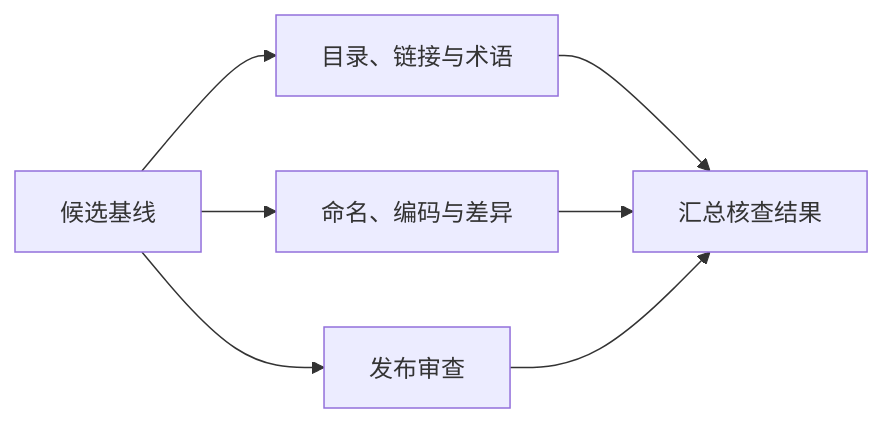
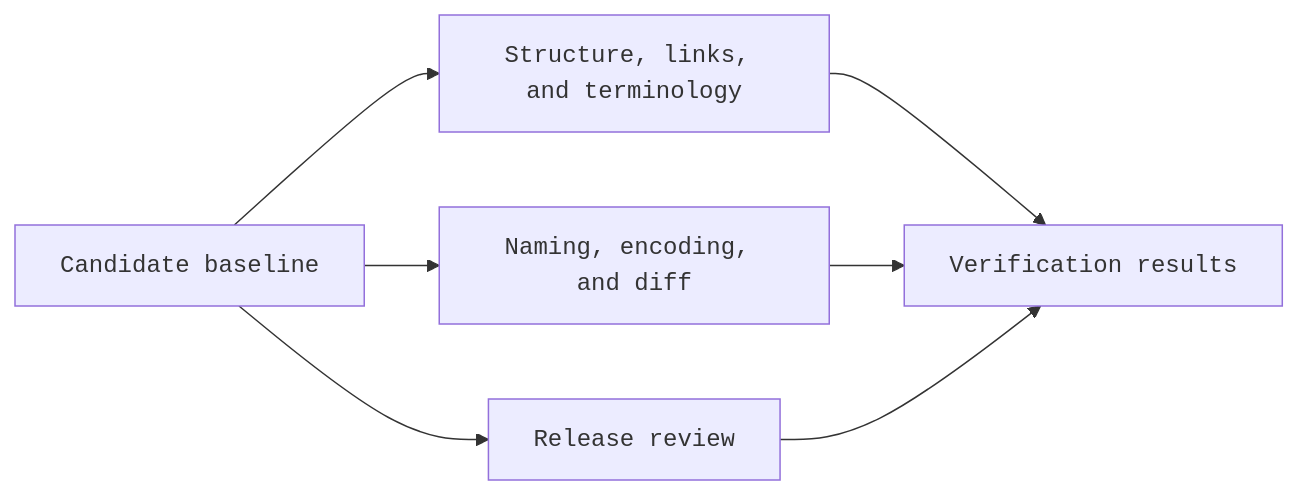
The diagram in VERIFICATION.md (bojuewang/engineering-dictionary), drawn with Mermaid before and after one commit. The commit also changed other lines of this file and 2 other files, not shown here.

Commit message:
docs: teach naming conventions and clarify verification labels

````diff
--- a/VERIFICATION.md
+++ b/VERIFICATION.md
@@ -5,9 +6,11 @@
 ```mermaid
 flowchart LR
-    baseline["候选基线"] --> structure["目录、链接与术语"]
-    baseline --> text["命名、编码与差异"]
-    baseline --> review["发布审查"]
-    structure --> report["汇总核查结果"]
+    baseline["Candidate baseline"] --> structure["Structure, links, and terminology"]
+    baseline --> text["Naming, encoding, and diff"]
+    baseline --> review["Release review"]
+    structure --> report["Verification results"]
     text --> report
     review --> report
+    classDef field font-family:monospace
+    class baseline,structure,text,review,report field
 ```
````
